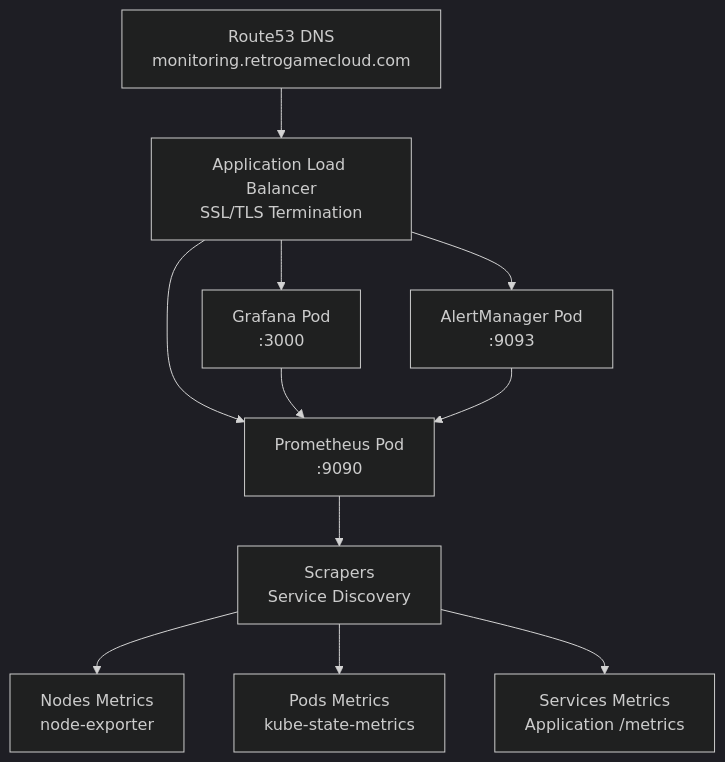
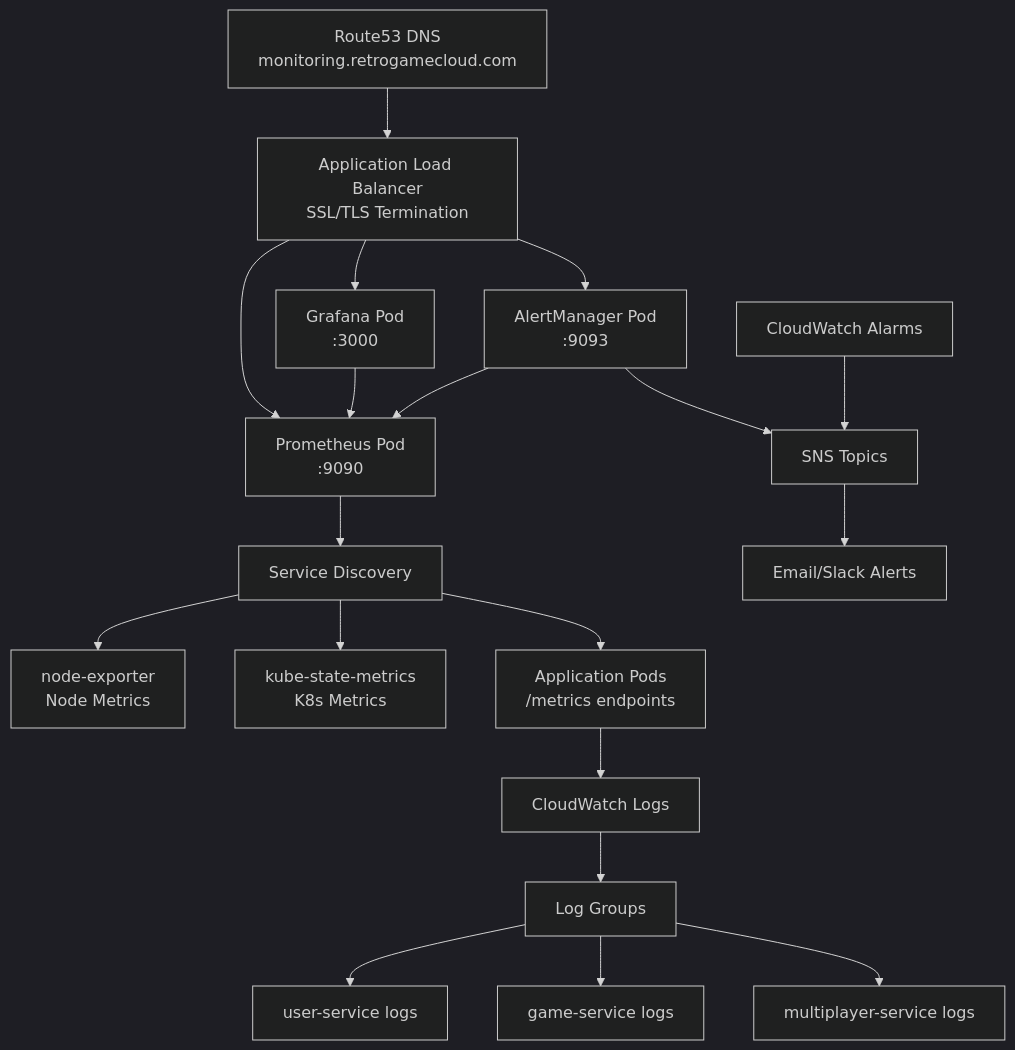
One commit to retrogamecloud/docs changed the diagram in infrastructure/monitoring.mdx. Above: the diagram before and after it, drawn with Mermaid (dark theme). The commit also changed other lines of this file and 31 other files, not shown here.

````diff
--- a/infrastructure/monitoring.mdx
+++ b/infrastructure/monitoring.mdx
@@ -34,14 +39,25 @@
 ```mermaid
 graph TD
     A[Route53 DNS<br/>monitoring.retrogamecloud.com] --> B[Application Load Balancer<br/>SSL/TLS Termination]
     B --> C[Grafana Pod<br/>:3000]
     B --> D[Prometheus Pod<br/>:9090]
     B --> E[AlertManager Pod<br/>:9093]
-    D --> F[Scrapers<br/>Service Discovery]
-    F --> G[Nodes Metrics<br/>node-exporter]
-    F --> H[Pods Metrics<br/>kube-state-metrics]
-    F --> I[Services Metrics<br/>Application /metrics]
+    
+    D --> F[Service Discovery]
+    F --> G[node-exporter<br/>Node Metrics]
+    F --> H[kube-state-metrics<br/>K8s Metrics]
+    F --> I[Application Pods<br/>/metrics endpoints]
+    
+    J[CloudWatch Logs] --> K[Log Groups]
+    K --> L[user-service logs]
+    K --> M[game-service logs]
+    K --> N[multiplayer-service logs]
+    
     C --> D
     E --> D
-
+    E --> O[SNS Topics]
+    O --> P[Email/Slack Alerts]
+    
+    Q[CloudWatch Alarms] --> O
+    I --> J
 ```
````
